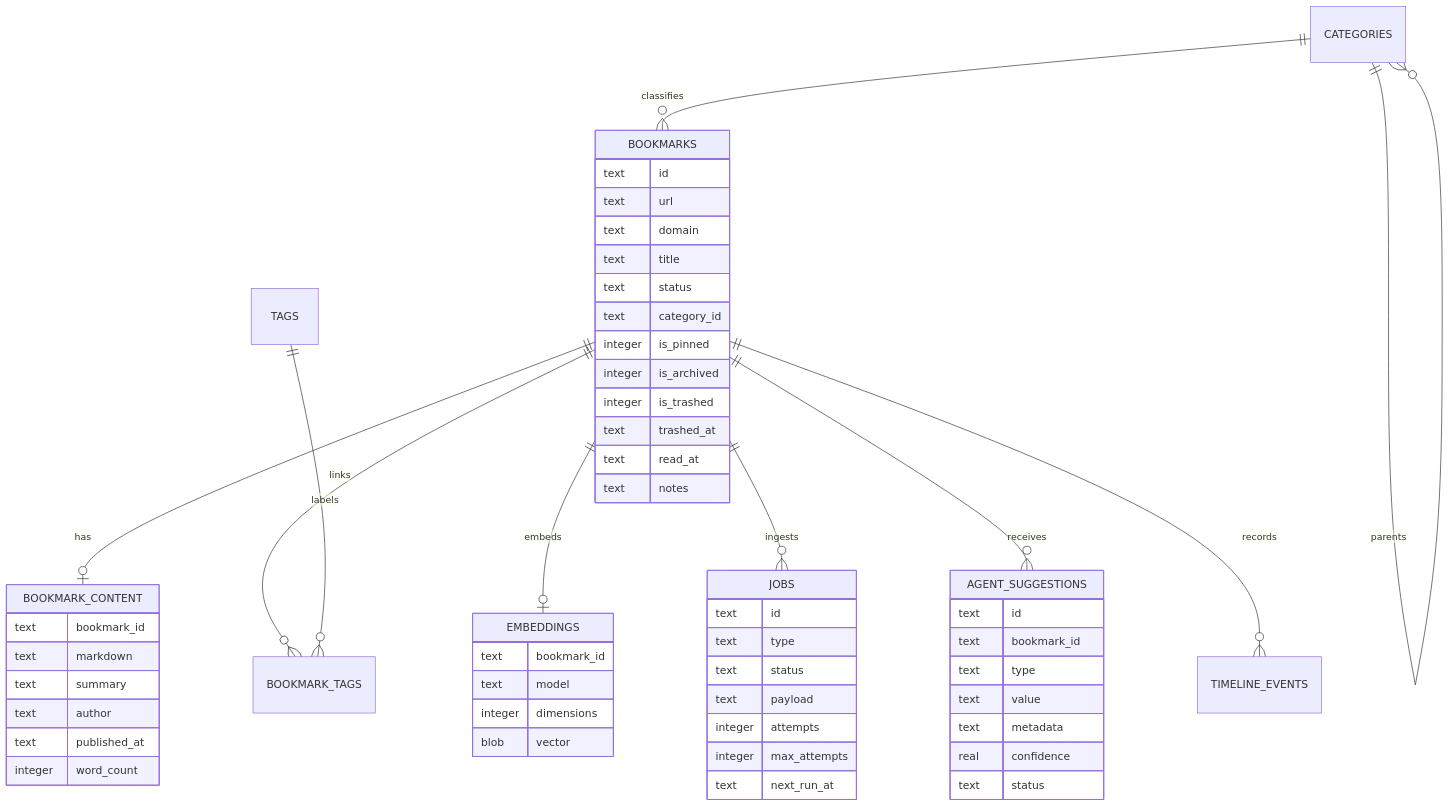
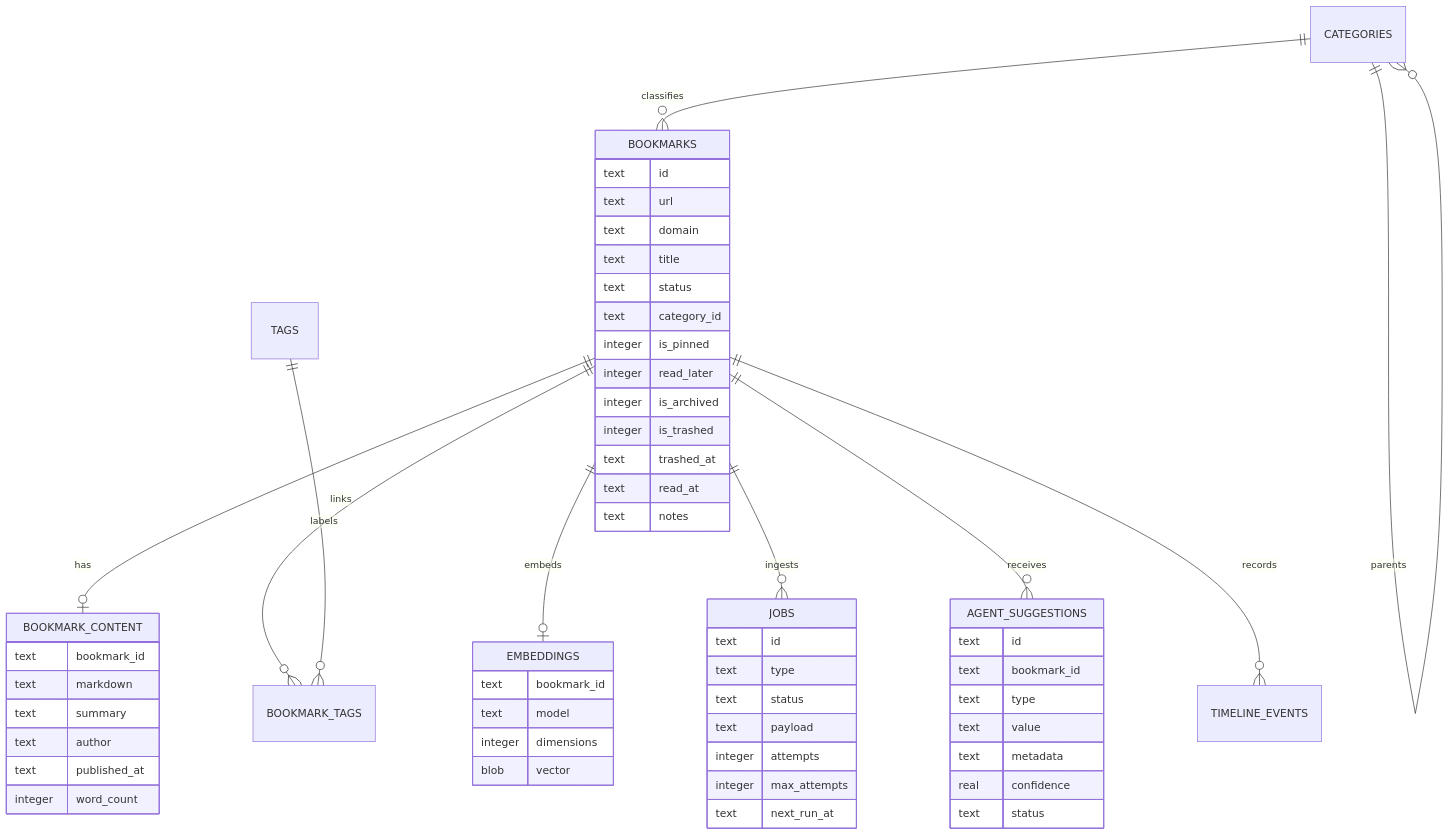
Before and after one commit to goniszewski/grimoire: the seventh of 7 diagrams in docs/overview.md, drawn with Mermaid. The commit also changed other lines of this file and 44 other files, not shown here.

Commit message:
feat(TASK-089): add read-later bookmark flag

````diff
--- a/docs/overview.md
+++ b/docs/overview.md
@@ -338,63 +338,64 @@
 ```mermaid
 erDiagram
   BOOKMARKS ||--o| BOOKMARK_CONTENT : has
   BOOKMARKS ||--o{ BOOKMARK_TAGS : links
   TAGS ||--o{ BOOKMARK_TAGS : labels
   CATEGORIES ||--o{ BOOKMARKS : classifies
   CATEGORIES ||--o{ CATEGORIES : parents
   BOOKMARKS ||--o| EMBEDDINGS : embeds
   BOOKMARKS ||--o{ JOBS : ingests
   BOOKMARKS ||--o{ AGENT_SUGGESTIONS : receives
   BOOKMARKS ||--o{ TIMELINE_EVENTS : records
 
   BOOKMARKS {
     text id
     text url
     text domain
     text title
     text status
     text category_id
     integer is_pinned
+    integer read_later
     integer is_archived
     integer is_trashed
     text trashed_at
     text read_at
     text notes
   }
 
   BOOKMARK_CONTENT {
     text bookmark_id
     text markdown
     text summary
     text author
     text published_at
     integer word_count
   }
 
   EMBEDDINGS {
     text bookmark_id
     text model
     integer dimensions
     blob vector
   }
 
   JOBS {
     text id
     text type
     text status
     text payload
     integer attempts
     integer max_attempts
     text next_run_at
   }
 
   AGENT_SUGGESTIONS {
     text id
     text bookmark_id
     text type
     text value
     text metadata
     real confidence
     text status
   }
 ```
````
